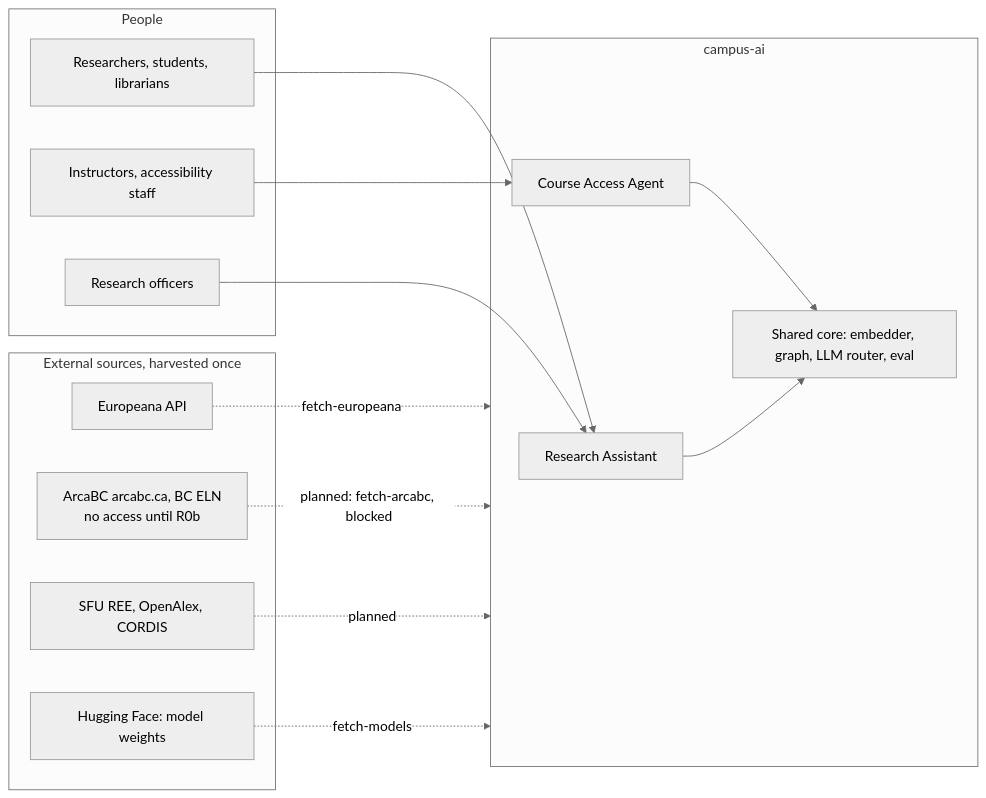
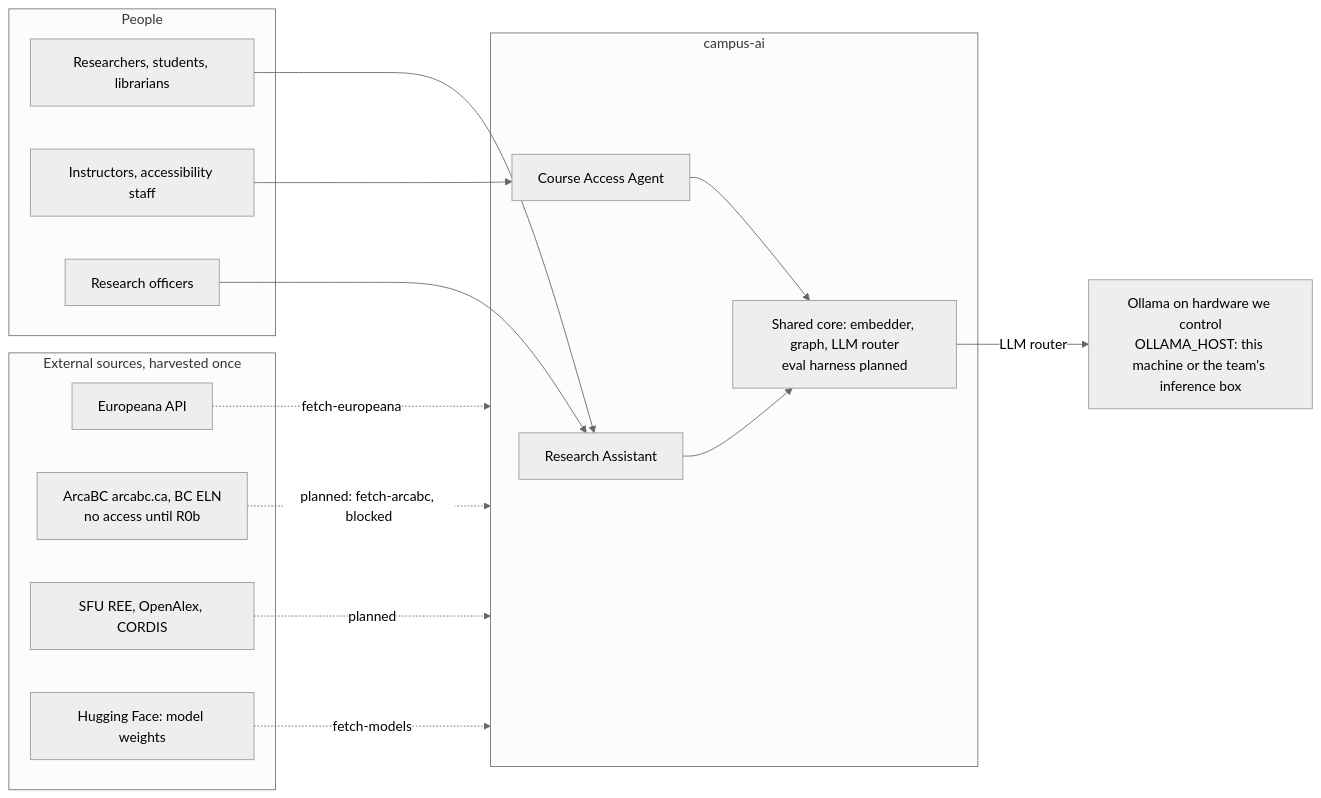
One commit to teamworxAI/campus-ai changed the first of 7 diagrams in docs/architecture.md. Above: the diagram before and after it, drawn with Mermaid (neutral theme). The commit also changed other lines of this file and 8 other files, not shown here.

````diff
--- a/docs/architecture.md
+++ b/docs/architecture.md
@@ -23,28 +25,30 @@
 ```mermaid
 flowchart LR
     subgraph users[People]
         R[Researchers, students, librarians]
         I[Instructors, accessibility staff]
         O[Research officers]
     end
     subgraph campus[campus-ai]
         RA[Research Assistant]
         CA[Course Access Agent]
-        CORE[Shared core: embedder, graph, LLM router, eval]
+        CORE[Shared core: embedder, graph, LLM router<br/>eval harness planned]
     end
+    OLL[Ollama on hardware we control<br/>OLLAMA_HOST: this machine or the team's inference box]
     subgraph sources[External sources, harvested once]
         EU[Europeana API]
         ARCA[ArcaBC arcabc.ca, BC ELN<br/>no access until R0b]
         REE[SFU REE, OpenAlex, CORDIS]
         HF[Hugging Face: model weights]
     end
     R --> RA
     O --> RA
     I --> CA
     RA --> CORE
     CA --> CORE
+    CORE -- LLM router --> OLL
     EU -. fetch-europeana .-> campus
     HF -. fetch-models .-> campus
     ARCA -. planned: fetch-arcabc, blocked .-> campus
     REE -. planned .-> campus
 ```
````
